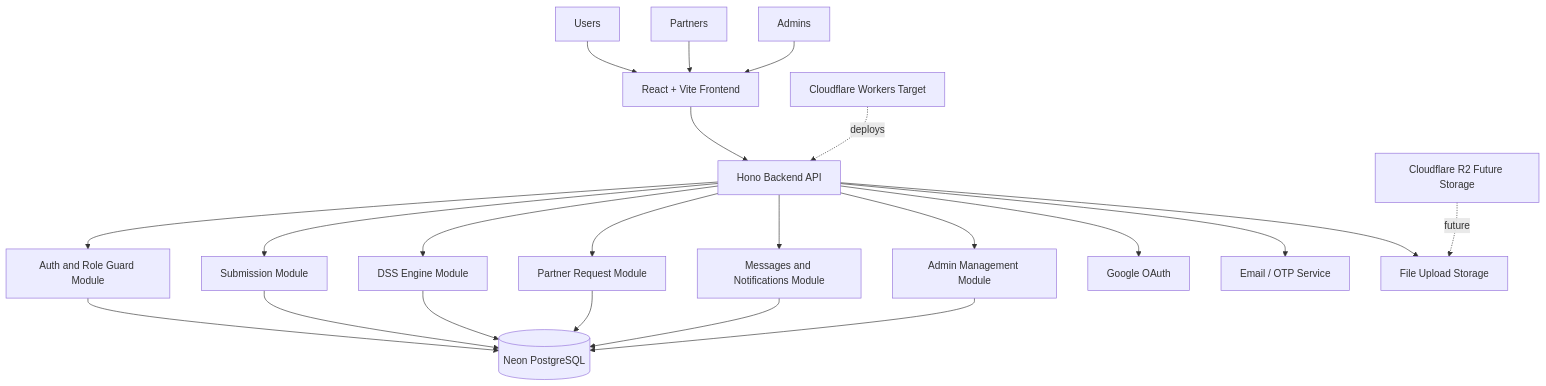
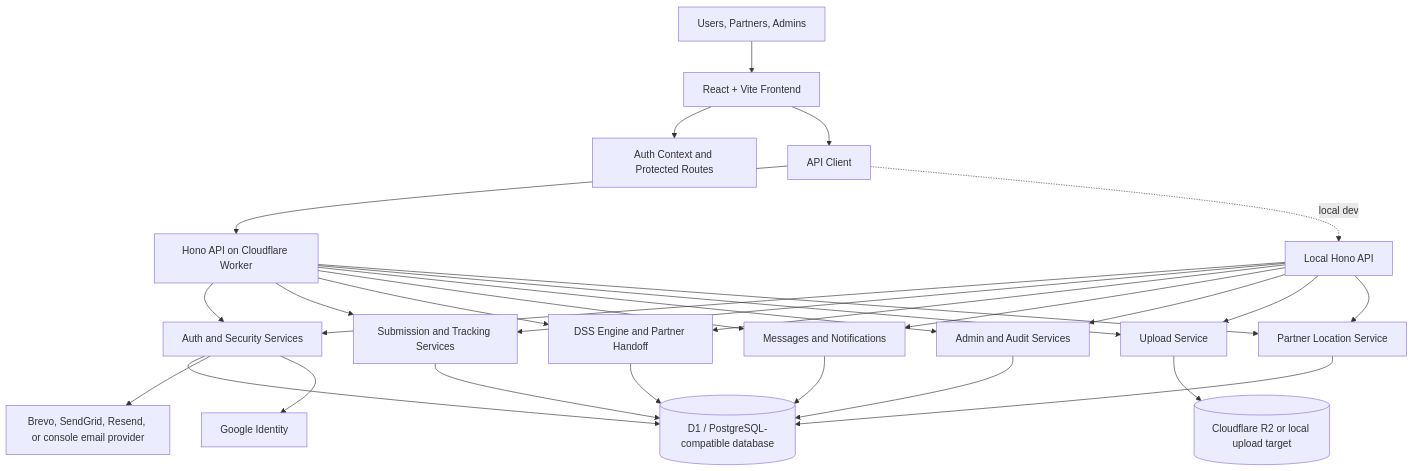
Before and after one commit to akishaabe/clothcycleph: the first of 3 diagrams in docs/system-architecture.md, drawn with Mermaid. The commit also changed other lines of this file and 7 other files, not shown here.

````diff
--- a/docs/system-architecture.md
+++ b/docs/system-architecture.md
@@ -7,29 +7,36 @@
 ```mermaid
 flowchart TD
-  A[Users] --> F[React + Vite Frontend]
-  B[Partners] --> F
-  C[Admins] --> F
+  Users[Users, Partners, Admins] --> Frontend[React + Vite Frontend]
+  Frontend --> AuthContext[Auth Context and Protected Routes]
+  Frontend --> ApiClient[API Client]
 
-  F --> G[Hono Backend API]
+  ApiClient --> Worker[Hono API on Cloudflare Worker]
+  ApiClient -. local dev .-> LocalApi[Local Hono API]
 
-  G --> H[Auth and Role Guard Module]
-  G --> I[Submission Module]
-  G --> J[DSS Engine Module]
-  G --> K[Partner Request Module]
-  G --> L[Messages and Notifications Module]
-  G --> M[Admin Management Module]
+  Worker --> Auth[Auth and Security Services]
+  Worker --> Submission[Submission and Tracking Services]
+  Worker --> DSS[DSS Engine and Partner Handoff]
+  Worker --> Messaging[Messages and Notifications]
+  Worker --> Admin[Admin and Audit Services]
+  Worker --> Uploads[Upload Service]
+  Worker --> GIS[Partner Location Service]
 
-  H --> DB[(Neon PostgreSQL)]
-  I --> DB
-  J --> DB
-  K --> DB
-  L --> DB
-  M --> DB
+  LocalApi --> Auth
+  LocalApi --> Submission
+  LocalApi --> DSS
+  LocalApi --> Messaging
+  LocalApi --> Admin
+  LocalApi --> Uploads
+  LocalApi --> GIS
 
-  G --> O[Google OAuth]
-  G --> P[Email / OTP Service]
-  G --> Q[File Upload Storage]
+  Auth --> DB[(D1 / PostgreSQL-compatible database)]
+  Submission --> DB
+  DSS --> DB
+  Messaging --> DB
+  Admin --> DB
+  GIS --> DB
+  Uploads --> R2[(Cloudflare R2 or local upload target)]
 
-  R[Cloudflare Workers Target] -. deploys .-> G
-  S[Cloudflare R2 Future Storage] -. future .-> Q
+  Auth --> Email[Brevo, SendGrid, Resend, or console email provider]
+  Auth --> Google[Google Identity]
 ```
````
